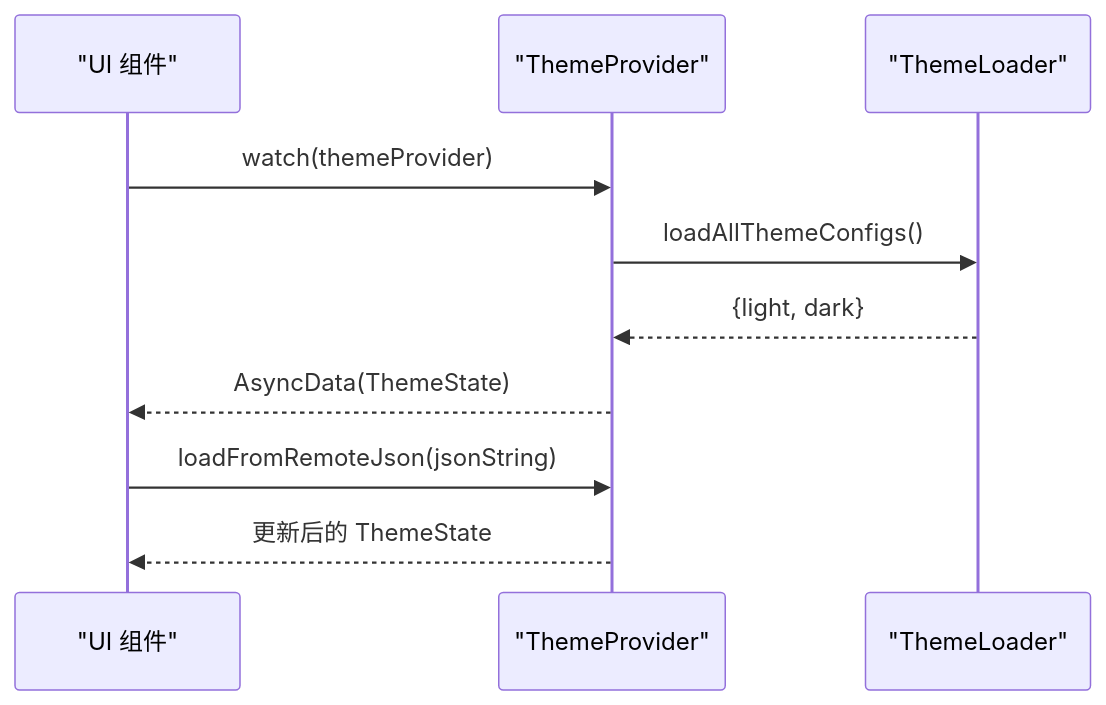
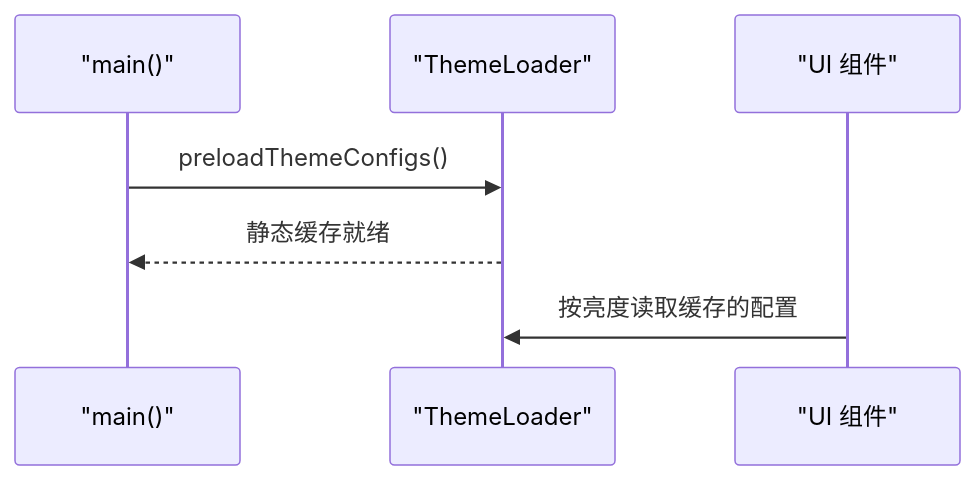
Before and after one commit to ZTfer/Tinycast: the seventh of 8 diagrams in .qoder/repowiki/zh/content/扩展开发/自定义功能开发/页面开发/主题与样式定制.md, drawn with Mermaid. The commit also changed other lines of this file and 34 other files, not shown here.

````diff
--- a/.qoder/repowiki/zh/content/扩展开发/自定义功能开发/页面开发/主题与样式定制.md
+++ b/.qoder/repowiki/zh/content/扩展开发/自定义功能开发/页面开发/主题与样式定制.md
@@ -282,12 +273,9 @@
 ```mermaid
 sequenceDiagram
+participant Main as "main()"
+participant Loader as "ThemeLoader"
 participant UI as "UI 组件"
-participant Provider as "ThemeProvider"
-participant Loader as "ThemeLoader"
-UI->>Provider : watch(themeProvider)
-Provider->>Loader : loadAllThemeConfigs()
-Loader-->>Provider : {light, dark}
-Provider-->>UI : AsyncData(ThemeState)
-UI->>Provider : loadFromRemoteJson(jsonString)
-Provider-->>UI : 更新后的 ThemeState
+Main->>Loader : preloadThemeConfigs()
+Loader-->>Main : 静态缓存就绪
+UI->>Loader : 按亮度读取缓存的配置
 ```
````
